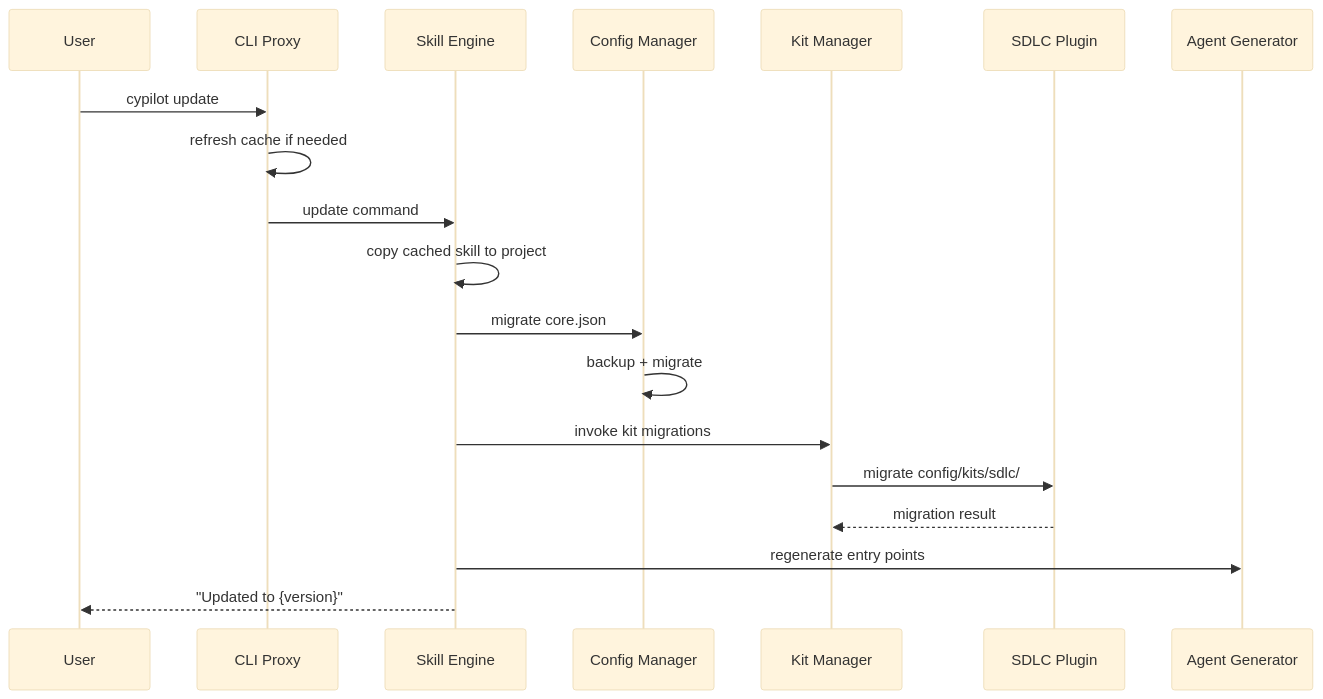
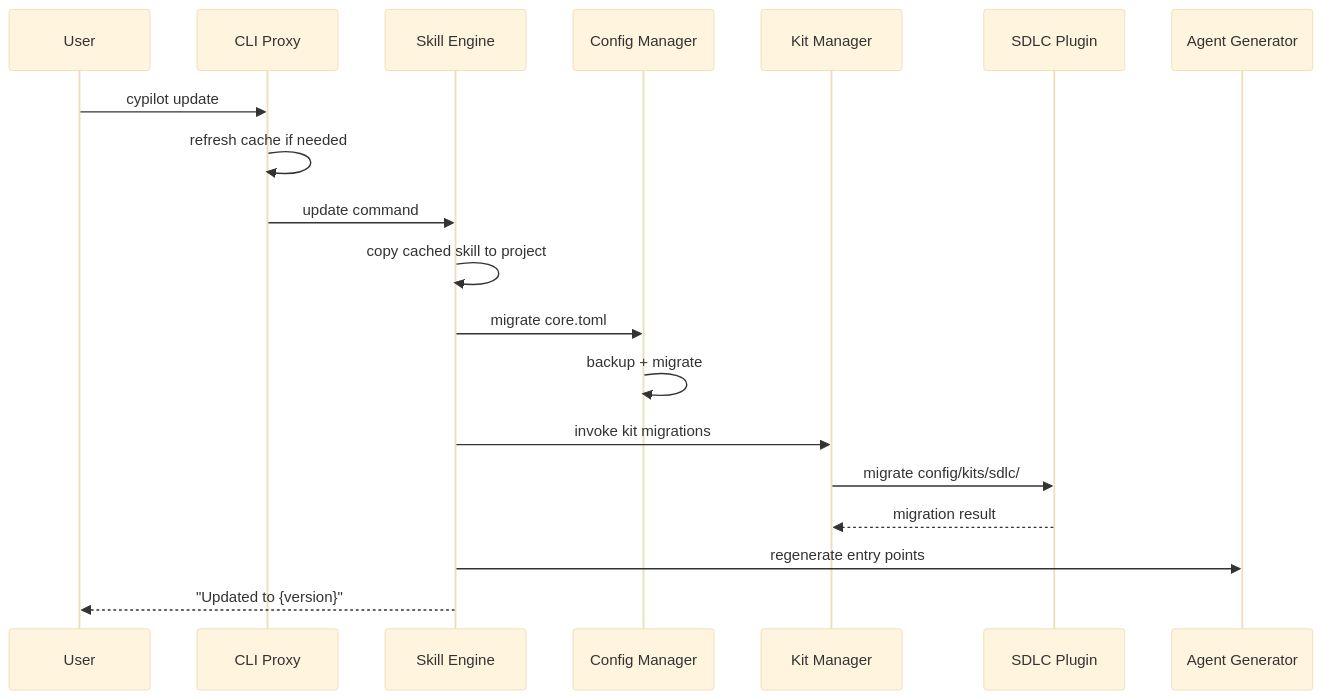
One commit to cyberfabric/cyber-pilot changed the sixth of 7 diagrams in architecture/DESIGN.md. Above: the diagram before and after it, drawn with Mermaid (base theme). The commit also changed other lines of this file and 31 other files, not shown here.

First line of the commit message:
docs(architecture): update DESIGN.md to reflect blueprint-based kit architecture and TOML config migration

````diff
--- a/architecture/DESIGN.md
+++ b/architecture/DESIGN.md
@@ -818,14 +923,14 @@
 ```mermaid
 sequenceDiagram
     User->>CLI Proxy: cypilot update
     CLI Proxy->>CLI Proxy: refresh cache if needed
     CLI Proxy->>Skill Engine: update command
     Skill Engine->>Skill Engine: copy cached skill to project
-    Skill Engine->>Config Manager: migrate core.json
+    Skill Engine->>Config Manager: migrate core.toml
     Config Manager->>Config Manager: backup + migrate
     Skill Engine->>Kit Manager: invoke kit migrations
     Kit Manager->>SDLC Plugin: migrate config/kits/sdlc/
     SDLC Plugin-->>Kit Manager: migration result
     Skill Engine->>Agent Generator: regenerate entry points
     Skill Engine-->>User: "Updated to {version}"
 ```
````
